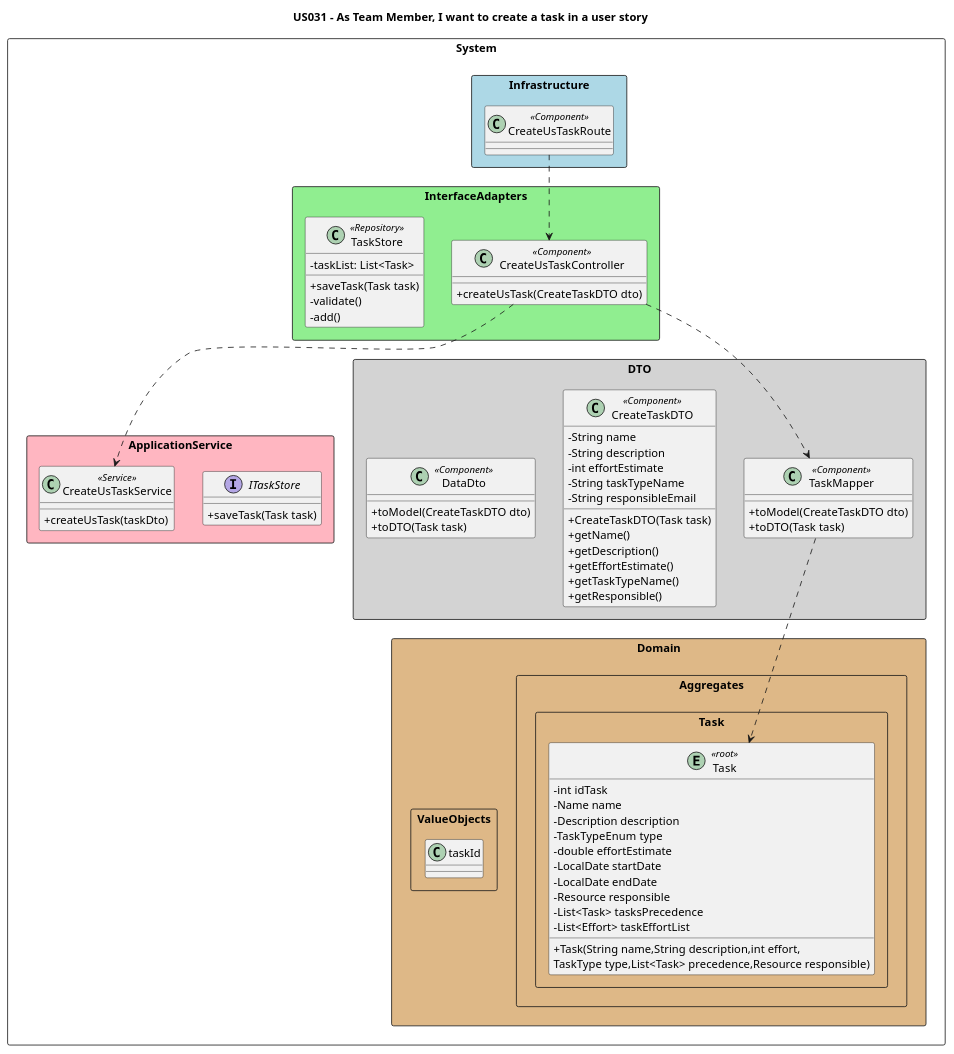
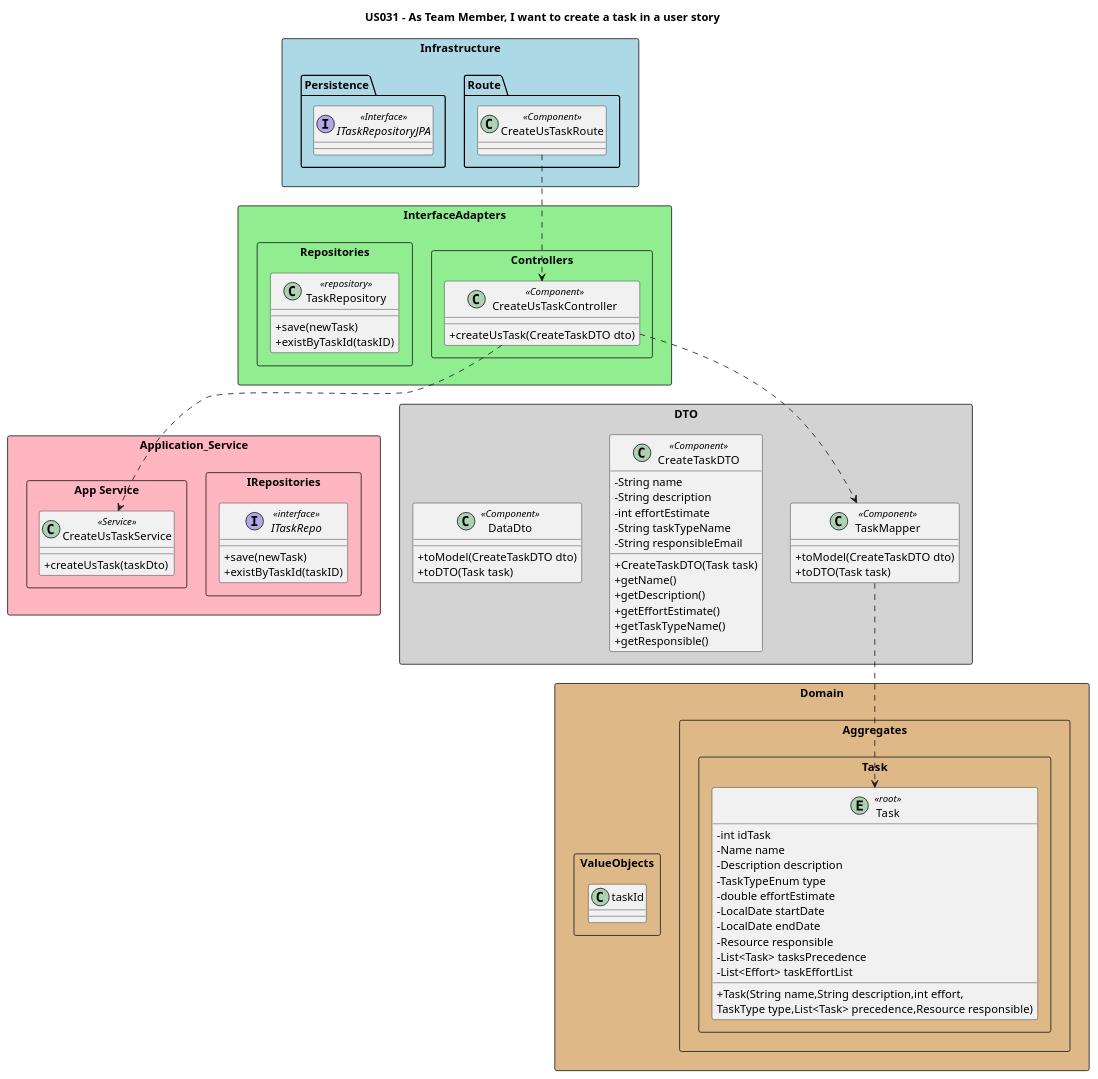
Before and after one commit to nunogon1211787/projectManagement: the diagram in docs/Sprint3/US031/US031-CD.puml, drawn with PlantUML. The commit also changed 33 other files, not shown here.

```diff
--- a/docs/Sprint3/US031/US031-CD.puml
+++ b/docs/Sprint3/US031/US031-CD.puml
@@ -1,107 +1,119 @@
 @startuml
 'https://plantuml.com/class-diagram
 
 skinparam classAttributeIconSize 0
 'hide circle
 
 title US031 - As Team Member, I want to create a task in a user story
 
-
-package System <<Rectangle>>{
-
+'-------------------INFRASTRUCTURE-----------------------'
 package Infrastructure <<Rectangle>> #lightblue {
+package "Route" {
 class "CreateUsTaskRoute" as route<<Component>>{
 }
 }
+package "Persistence" {
+interface "ITaskRepositoryJPA" as jpa <<Interface>>{
+}
+}
+}
 
+'-------------------INTERFACE ADAPTERS-------------------'
 package InterfaceAdapters <<Rectangle>> #lightgreen{
+package "Controllers" <<Rectangle>> {
 class "CreateUsTaskController" as ctrl <<Component>>{
 +createUsTask(CreateTaskDTO dto)
 }
-
-class "TaskStore" as store <<Repository>>{
--taskList: List<Task>
-+saveTask(Task task)
--validate()
--add()
+}
+package Repositories <<Rectangle>> {
+class "TaskRepository" as projectRepo <<repository>> {
++save(newTask)
++existByTaskId(taskID)
+}
 }
 }
 
-package ApplicationService <<Rectangle>> #lightpink{
-interface "ITaskStore" as istore {
-+saveTask(Task task)
+'-------------------APPLICATION SERVICE------------------'
+package Application_Service <<Rectangle>> #lightpink{
+package IRepositories <<Rectangle>> {
+interface "ITaskRepo" as iRepo <<interface>>{
++save(newTask)
++existByTaskId(taskID)
 }
-
+}
+package "App Service" <<Rectangle>> {
 class "CreateUsTaskService" as service <<Service>>{
 +createUsTask(taskDto)
 }
 }
+}
 
+'-------------------DOMAIN-------------------------------'
 package Domain <<Rectangle>> #burlywood{
 
 package Aggregates <<Rectangle>>{
 
 package Task <<Rectangle>>{
 
 entity "Task" as task <<root>>{
 -int idTask
 -Name name
 -Description description
 -TaskTypeEnum type
 -double effortEstimate
 -LocalDate startDate
 -LocalDate endDate
 -Resource responsible
 -List<Task> tasksPrecedence
 -List<Effort> taskEffortList
 +Task(String name,String description,int effort,\nTaskType type,List<Task> precedence,Resource responsible)
 }
 
 }
 }
 package ValueObjects <<Rectangle>>{
 class taskId{
 }
 }
 }
 
 package DTO <<Rectangle>> #lightgray {
 
 class "TaskMapper" as mapper <<Component>>{
 +toModel(CreateTaskDTO dto)
 +toDTO(Task task)
 }
 
 class CreateTaskDTO <<Component>>{
 -String name
 -String description
 -int effortEstimate
 -String taskTypeName
 -String responsibleEmail
 +CreateTaskDTO(Task task)
 +getName()
 +getDescription()
 +getEffortEstimate()
 +getTaskTypeName()
 +getResponsible()
 }
 
 class DataDto <<Component>> {
 +toModel(CreateTaskDTO dto)
 +toDTO(Task task)
 }
 }
-}
+
 
 route .d.> ctrl
 
 ctrl .d.> service
 ctrl .d.> mapper
 
 
 mapper ..> task
 
 
 
 
 @enduml
```
